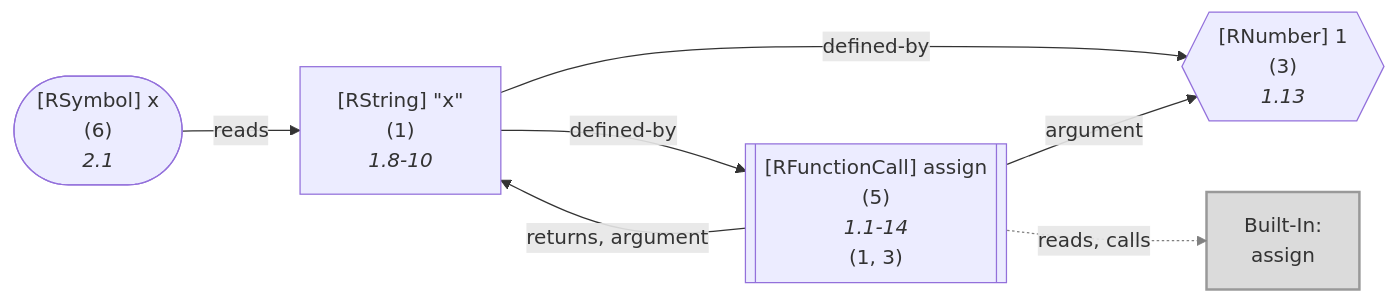
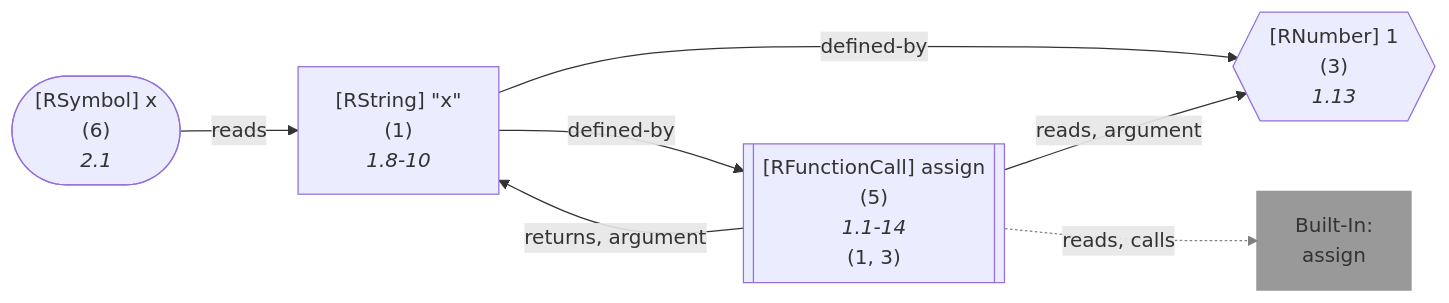
Before and after one commit to flowr-analysis/flowr: diagram 20 of 51 in wiki/Dataflow Graph.md, drawn with Mermaid. The commit also changed other lines of this file and 18 other files, not shown here.

````diff
--- a/wiki/Dataflow Graph.md
+++ b/wiki/Dataflow Graph.md
@@ -2809,26 +2811,26 @@
 ```mermaid
 flowchart LR
     3{{"`#91;RNumber#93; 1
       (3)
       *1.13*`"}}
     1["`#91;RString#93; #34;x#34;
       (1)
       *1.8-10*`"]
     5[["`#91;RFunctionCall#93; assign
       (5)
       *1.1-14*
     (1, 3)`"]]
     built-in:assign["`Built-In:
 assign`"]
-    style built-in:assign stroke:gray,fill:lightgray,stroke-width:2px,opacity:.8;
+    style built-in:assign stroke:gray,fill:gray,stroke-width:2px,opacity:.8;
     6(["`#91;RSymbol#93; x
       (6)
       *2.1*`"])
     1 -->|"defined-by"| 3
     1 -->|"defined-by"| 5
-    5 -->|"argument"| 3
+    5 -->|"reads, argument"| 3
     5 -->|"returns, argument"| 1
     5 -.->|"reads, calls"| built-in:assign
     linkStyle 4 stroke:gray;
     6 -->|"reads"| 1
 ```
````
